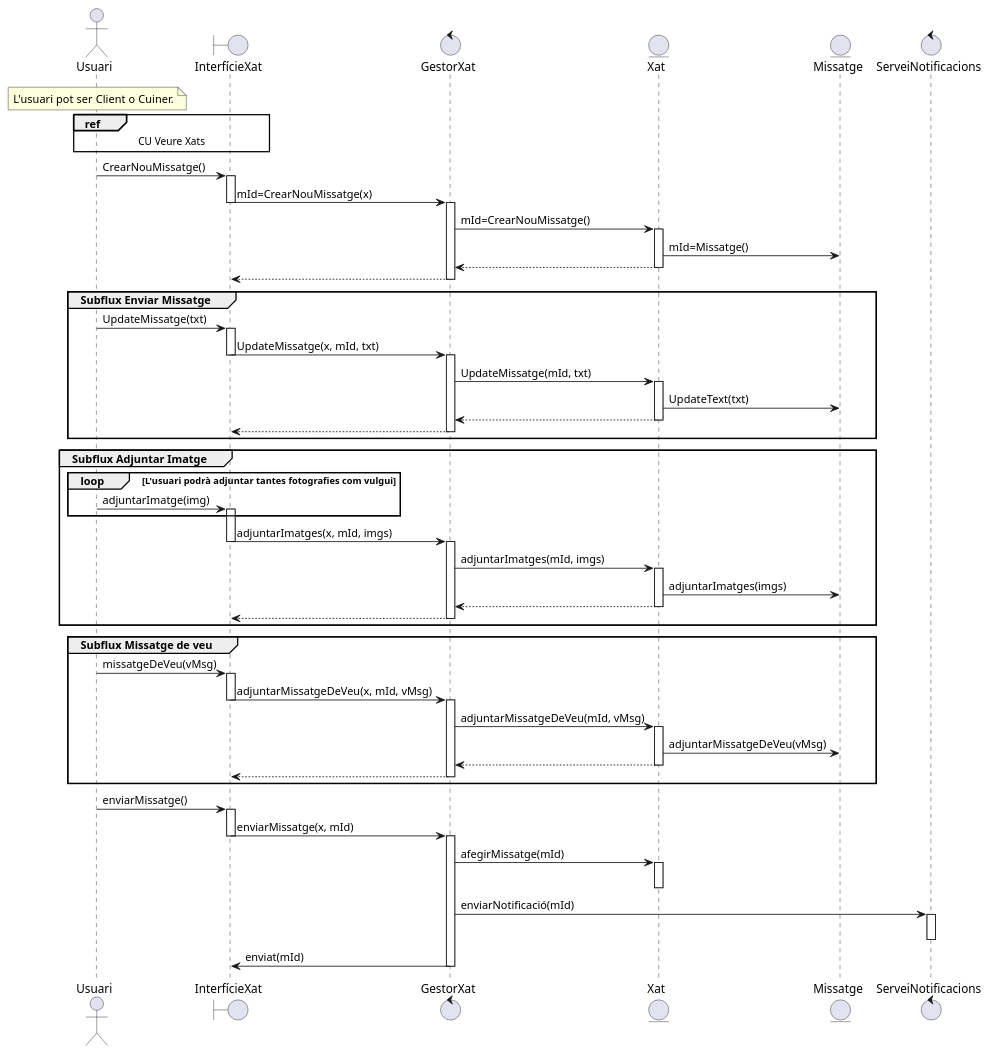
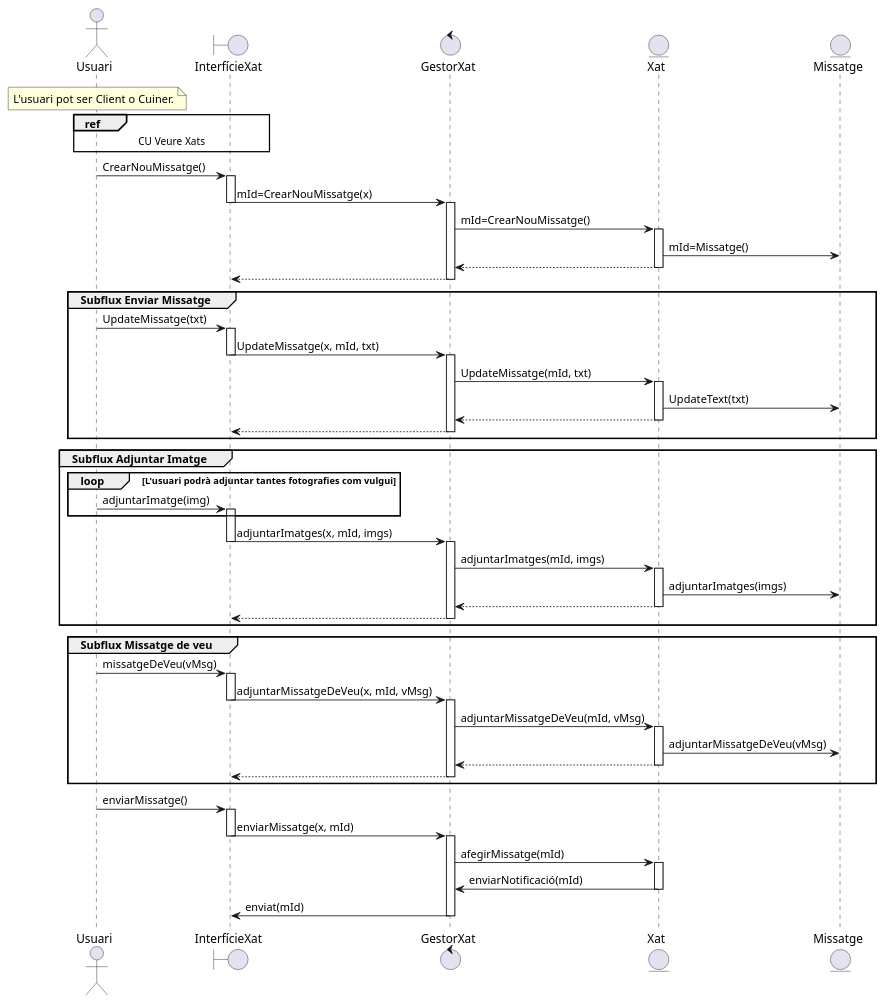
The diagram in documents/Diagrames i Especificacions/Seqüencia/Hiro! ^3^/3. Xatejar Entre Cuiner i Client.puml (martipages/ES23UAB431-02), drawn with PlantUML before and after one commit. The commit also changed 12 other files, not shown here.

```diff
--- a/documents/Diagrames i Especificacions/Seqüencia/Hiro! ^3^/3. Xatejar Entre Cuiner i Client.puml
+++ b/documents/Diagrames i Especificacions/Seqüencia/Hiro! ^3^/3. Xatejar Entre Cuiner i Client.puml
@@ -1,57 +1,54 @@
 @startuml
 
 actor Usuari
 note over Usuari: L'usuari pot ser Client o Cuiner.
 boundary InterfícieXat
 control GestorXat
 entity Xat
 entity Missatge
-control ServeiNotificacions
 
 ref over Usuari,InterfícieXat: CU Veure Xats
 
 Usuari -> InterfícieXat++: CrearNouMissatge()
 InterfícieXat -> GestorXat--++: mId=CrearNouMissatge(x)
 GestorXat->Xat++: mId=CrearNouMissatge()
 Xat->Missatge: mId=Missatge()
 Xat-->GestorXat--
 GestorXat-->InterfícieXat--
 
 group Subflux Enviar Missatge
 Usuari -> InterfícieXat++: UpdateMissatge(txt)
 InterfícieXat -> GestorXat--++: UpdateMissatge(x, mId, txt)
 GestorXat->Xat++: UpdateMissatge(mId, txt)
 Xat->Missatge: UpdateText(txt)
 Xat-->GestorXat--
 GestorXat-->InterfícieXat-- 
 end
 
 group Subflux Adjuntar Imatge
 loop L'usuari podrà adjuntar tantes fotografies com vulgui
 Usuari -> InterfícieXat++: adjuntarImatge(img)
 end
 InterfícieXat -> GestorXat--++: adjuntarImatges(x, mId, imgs)
 GestorXat->Xat++: adjuntarImatges(mId, imgs)
 Xat->Missatge: adjuntarImatges(imgs)
 Xat-->GestorXat--
 GestorXat-->InterfícieXat-- 
 end
 
 group Subflux Missatge de veu
 Usuari -> InterfícieXat++: missatgeDeVeu(vMsg)
 InterfícieXat -> GestorXat--++: adjuntarMissatgeDeVeu(x, mId, vMsg)
 GestorXat->Xat++: adjuntarMissatgeDeVeu(mId, vMsg)
 Xat->Missatge: adjuntarMissatgeDeVeu(vMsg)
 Xat-->GestorXat--
 GestorXat-->InterfícieXat-- 
 end
 
 Usuari -> InterfícieXat++: enviarMissatge()
 InterfícieXat -> GestorXat--++: enviarMissatge(x, mId)
 GestorXat->Xat++: afegirMissatge(mId)
-Xat--
-GestorXat->ServeiNotificacions++: enviarNotificació(mId)
-ServeiNotificacions--
+Xat->GestorXat--: enviarNotificació(mId)
 GestorXat->InterfícieXat--: enviat(mId)
 
 @enduml
```
